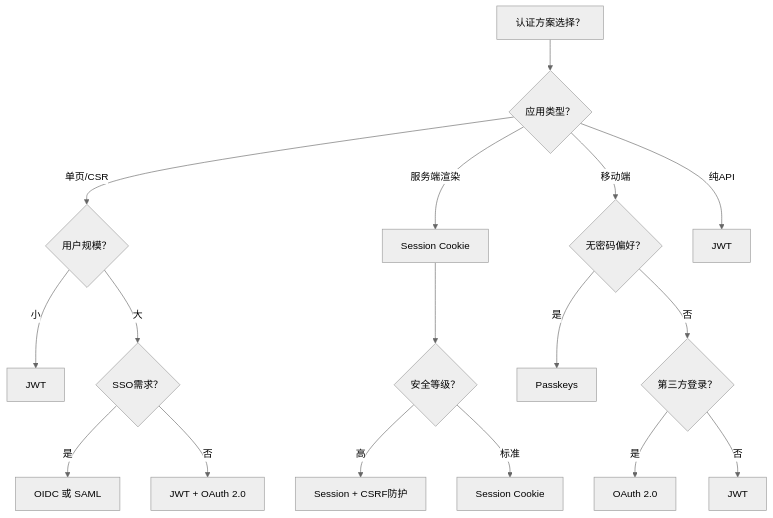
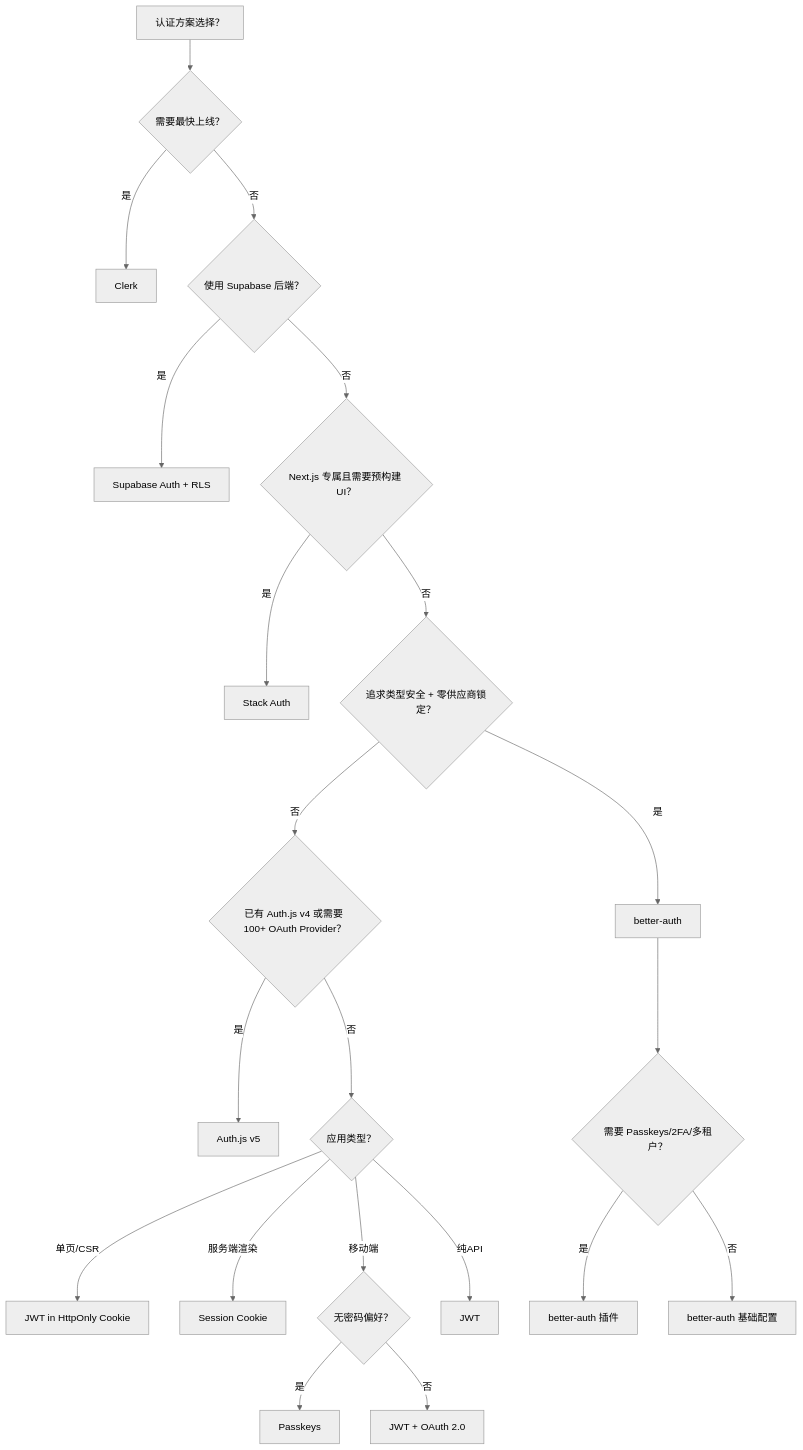
Diagram 13 of 15 in docs/decision-trees.md (AdaMartin18010/JavaScriptTypeScript), drawn with Mermaid (neutral theme) before and after one commit. The commit also changed other lines of this file and 47 other files, not shown here.

````diff
--- a/docs/decision-trees.md
+++ b/docs/decision-trees.md
@@ -796,19 +796,23 @@
 ```mermaid
 flowchart TD
-    A[认证方案选择？] --> B{应用类型？}
-    B -->|单页/CSR| C{用户规模？}
-    B -->|服务端渲染| D[Session Cookie]
-    B -->|移动端| E{无密码偏好？}
-    B -->|纯API| F[JWT]
-    C -->|小| G[JWT]
-    C -->|大| H{SSO需求？}
-    E -->|是| I[Passkeys]
-    E -->|否| J{第三方登录？}
-    H -->|是| K[OIDC 或 SAML]
-    H -->|否| L[JWT + OAuth 2.0]
-    J -->|是| M[OAuth 2.0]
-    J -->|否| N[JWT]
-    D --> O{安全等级？}
-    O -->|高| P[Session + CSRF防护]
-    O -->|标准| Q[Session Cookie]
+    A[认证方案选择？] --> B{需要最快上线？}
+    B -->|是| C[Clerk]
+    B -->|否| D{使用 Supabase 后端？}
+    D -->|是| E[Supabase Auth + RLS]
+    D -->|否| F{Next.js 专属且需要预构建 UI？}
+    F -->|是| G[Stack Auth]
+    F -->|否| H{追求类型安全 + 零供应商锁定？}
+    H -->|是| I[better-auth]
+    H -->|否| J{已有 Auth.js v4 或需要 100+ OAuth Provider？}
+    J -->|是| K[Auth.js v5]
+    J -->|否| L{应用类型？}
+    L -->|单页/CSR| M[JWT in HttpOnly Cookie]
+    L -->|服务端渲染| N[Session Cookie]
+    L -->|移动端| O{无密码偏好？}
+    L -->|纯API| P[JWT]
+    O -->|是| Q[Passkeys]
+    O -->|否| R[JWT + OAuth 2.0]
+    I --> S{需要 Passkeys/2FA/多租户？}
+    S -->|是| T[better-auth 插件]
+    S -->|否| U[better-auth 基础配置]
 ```
````
